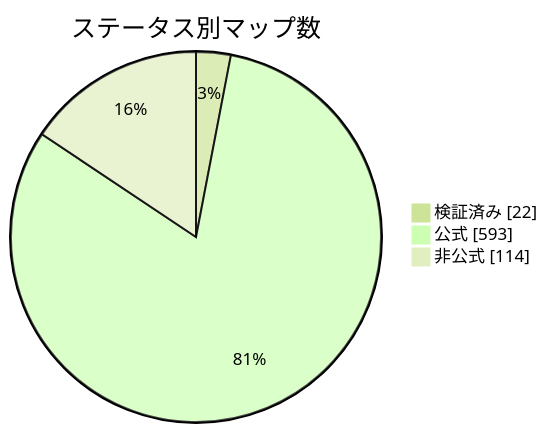
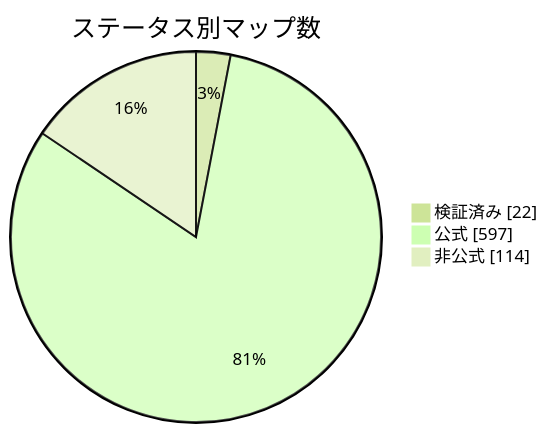
One commit to nobrega8/mbmap-library changed the diagram in docs/readme/README_JP.md. Above: the diagram before and after it, drawn with Mermaid (forest theme). The commit also changed 9 other files, not shown here.

````diff
--- a/docs/readme/README_JP.md
+++ b/docs/readme/README_JP.md
@@ -54,7 +54,7 @@
 ```mermaid
 pie showData
     title ステータス別マップ数
     "検証済み" : 22
-    "公式" : 593
+    "公式" : 597
     "非公式" : 114
 ```
````
